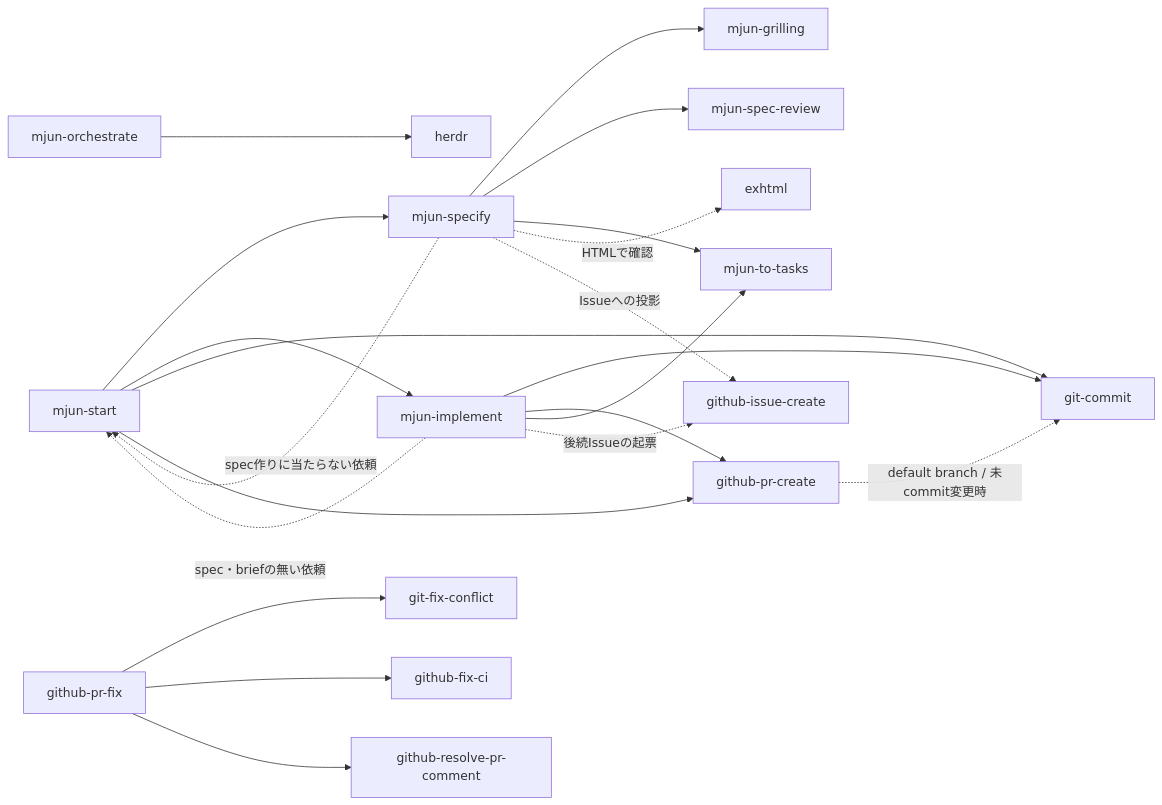
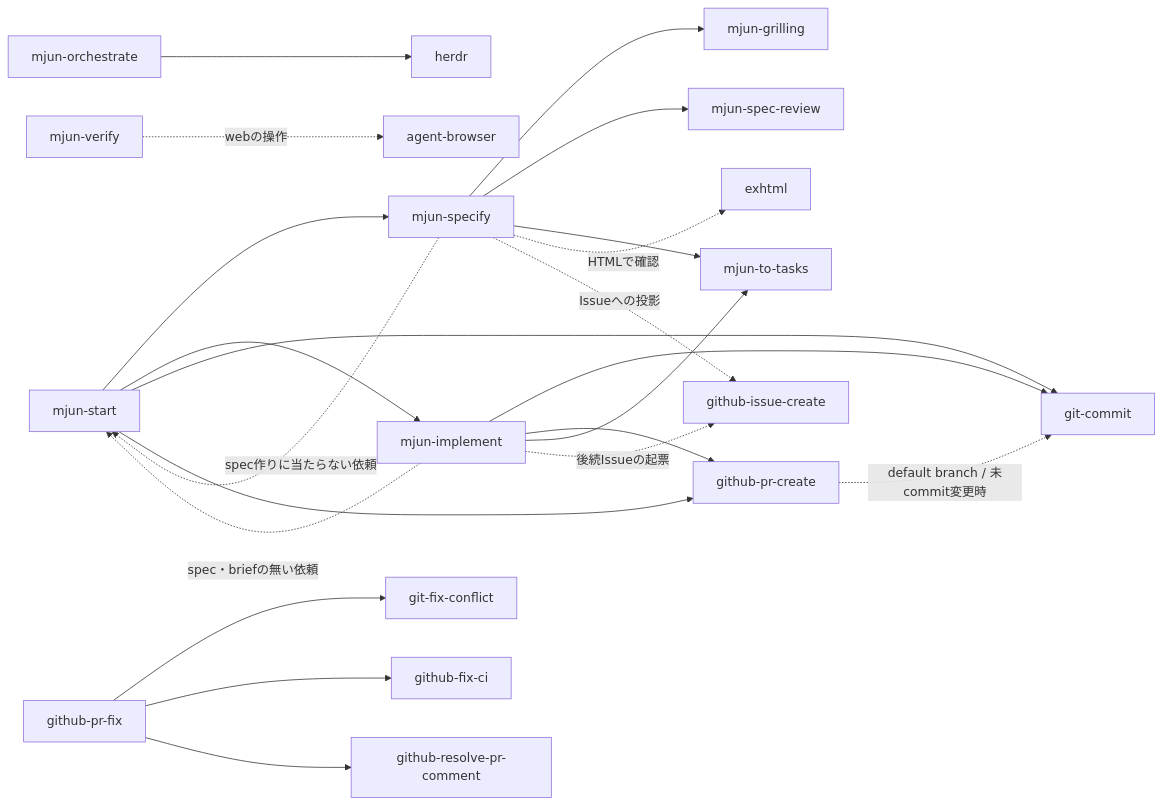
Before and after one commit to mjun0812/dotfiles: the diagram in doc/skills_ja.md, drawn with Mermaid. The commit also changed other lines of this file and 14 other files, not shown here.

First line of the commit message:
feat: add mjun-verify and verify completion on the real app in mjun-implement

````diff
--- a/doc/skills_ja.md
+++ b/doc/skills_ja.md
@@ -141,28 +142,30 @@
 ```mermaid
 graph LR
     github-pr-create -. default branch / 未commit変更時 .-> git-commit
 
     mjun-start --> mjun-specify
     mjun-start --> mjun-implement
     mjun-start --> git-commit
     mjun-start --> github-pr-create
 
     mjun-specify -. spec作りに当たらない依頼 .-> mjun-start
     mjun-specify --> mjun-grilling
     mjun-specify --> mjun-spec-review
     mjun-specify --> mjun-to-tasks
     mjun-specify -. HTMLで確認 .-> exhtml
     mjun-specify -. Issueへの投影 .-> github-issue-create
 
     mjun-implement --> git-commit
     mjun-implement --> github-pr-create
     mjun-implement --> mjun-to-tasks
     mjun-implement -. 後続Issueの起票 .-> github-issue-create
     mjun-implement -. spec・briefの無い依頼 .-> mjun-start
 
     mjun-orchestrate --> herdr
 
+    mjun-verify -. webの操作 .-> agent-browser
+
     github-pr-fix --> git-fix-conflict
     github-pr-fix --> github-fix-ci
     github-pr-fix --> github-resolve-pr-comment
 ```
````
